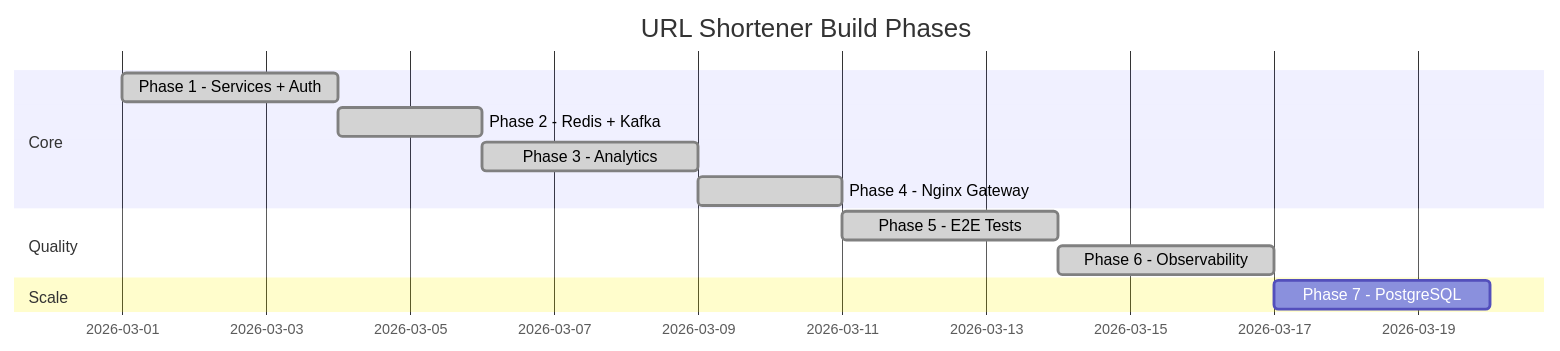
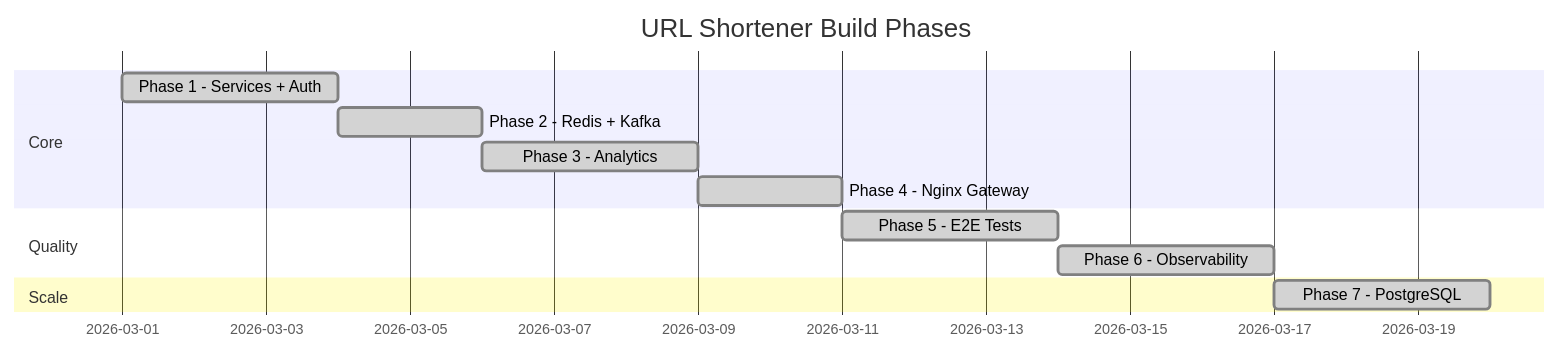
Before and after one commit to hemantkgupta/url-shortener-java: the diagram in docs/phases.md, drawn with Mermaid. The commit also changed other lines of this file and 9 other files, not shown here.

First line of the commit message:
Phase 7: Persistent storage — replace H2 with PostgreSQL + Flyway

````diff
--- a/docs/phases.md
+++ b/docs/phases.md
@@ -151,15 +159,15 @@
 ```mermaid
 gantt
     title URL Shortener Build Phases
     dateFormat YYYY-MM-DD
     section Core
         Phase 1 - Services + Auth     :done,    p1, 2026-03-01, 3d
         Phase 2 - Redis + Kafka       :done,    p2, after p1, 2d
         Phase 3 - Analytics           :done,    p3, after p2, 3d
         Phase 4 - Nginx Gateway       :done,    p4, after p3, 2d
     section Quality
         Phase 5 - E2E Tests           :done,    p5, after p4, 3d
         Phase 6 - Observability       :done,    p6, after p5, 3d
     section Scale
-        Phase 7 - PostgreSQL          :         p7, after p6, 3d
+        Phase 7 - PostgreSQL          :done,    p7, after p6, 3d
 ```
````
